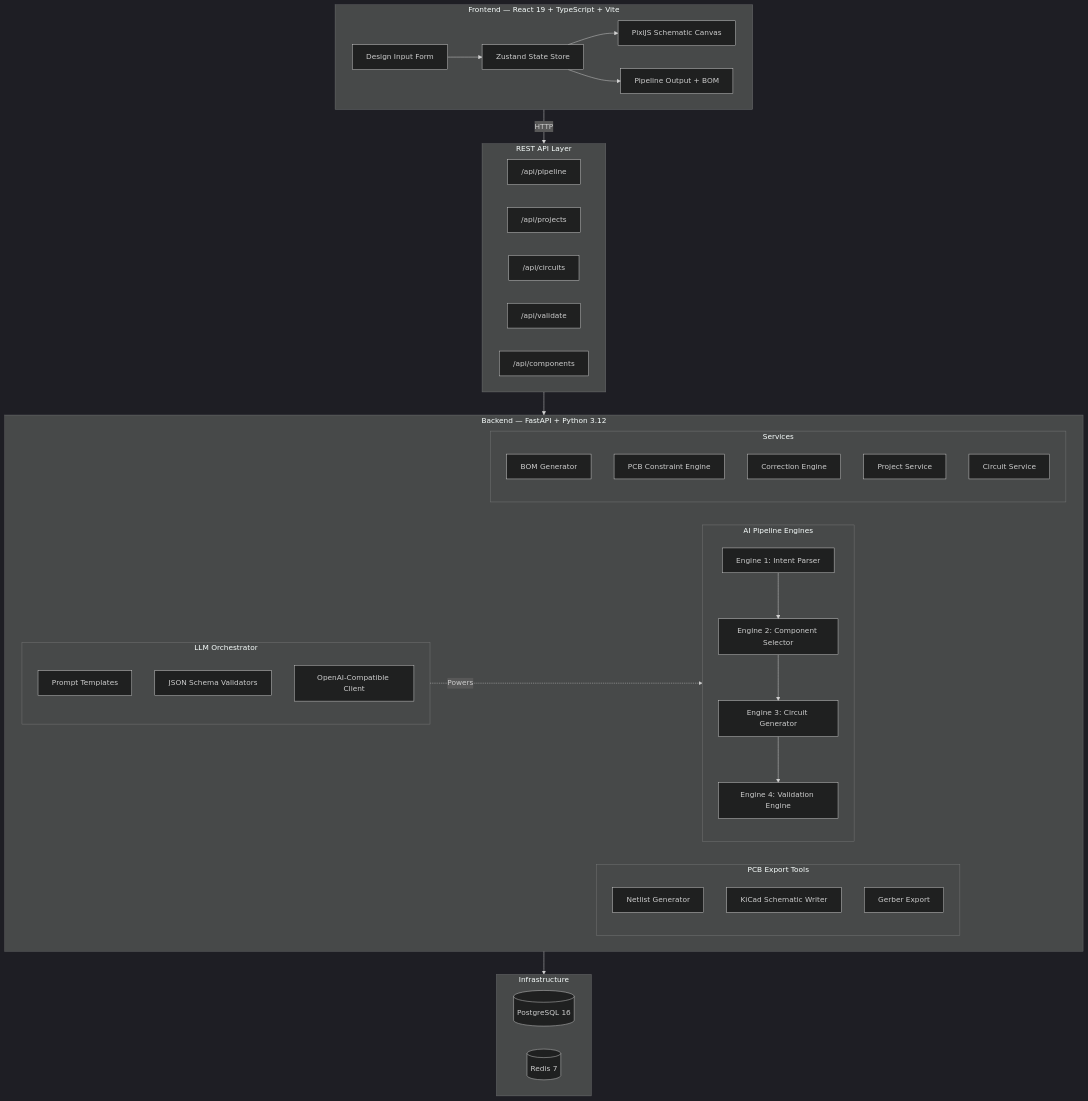
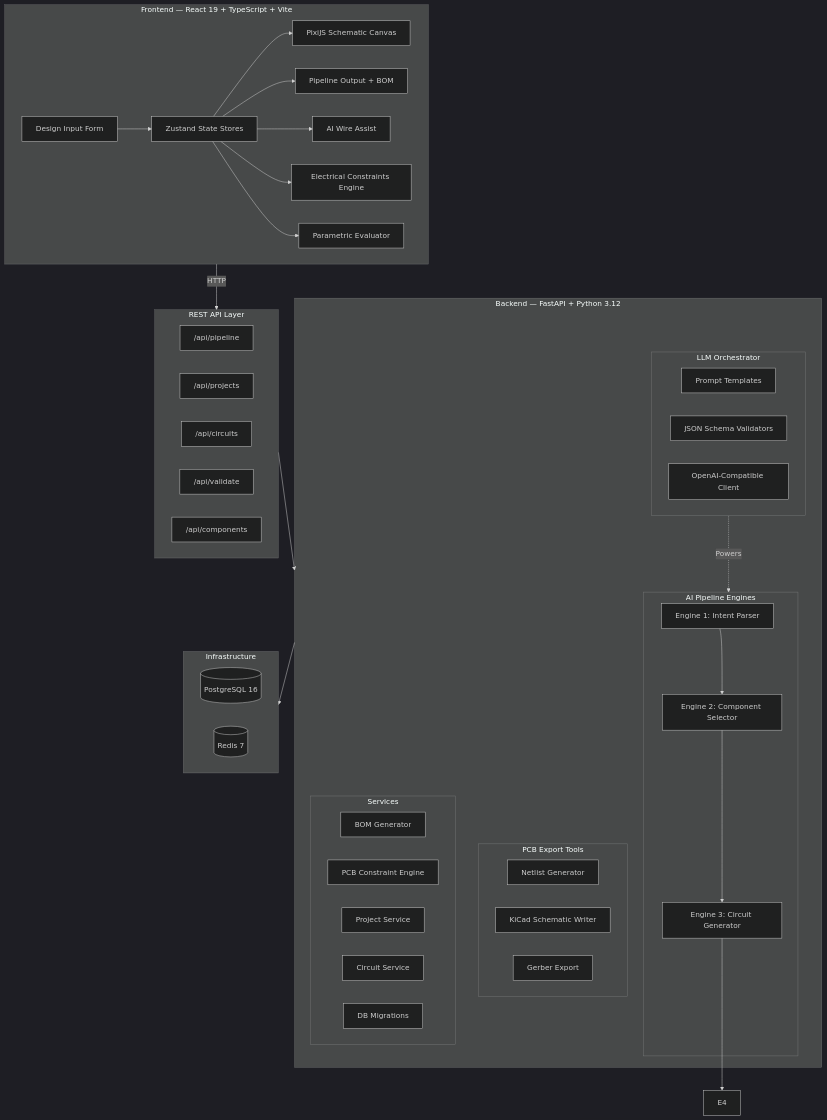
The first of 5 diagrams in README.md (anaslari23/AI-EDA), drawn with Mermaid (dark theme) before and after one commit. The commit also changed other lines of this file and 51 other files, not shown here.

First line of the commit message:
feat: v1.1 — browser-native validation, AI wire assist, parametric evaluation, Alembic migrations

````diff
--- a/README.md
+++ b/README.md
@@ -39,57 +43,62 @@
 ```mermaid
 graph TB
     subgraph Frontend["Frontend — React 19 + TypeScript + Vite"]
         UI[Design Input Form]
         Canvas[PixiJS Schematic Canvas]
         Output[Pipeline Output + BOM]
-        Store[Zustand State Store]
+        Store[Zustand State Stores]
+        AIWire[AI Wire Assist]
+        Constraints[Electrical Constraints Engine]
+        Params[Parametric Evaluator]
         UI --> Store
         Store --> Canvas
         Store --> Output
+        Store --> AIWire
+        Store --> Constraints
+        Store --> Params
     end
 
     subgraph API["REST API Layer"]
         Pipeline["/api/pipeline"]
         Projects["/api/projects"]
         Circuits["/api/circuits"]
         Validate["/api/validate"]
         Components["/api/components"]
     end
 
     subgraph Backend["Backend — FastAPI + Python 3.12"]
         subgraph AIEngines["AI Pipeline Engines"]
             E1["Engine 1: Intent Parser"]
             E2["Engine 2: Component Selector"]
             E3["Engine 3: Circuit Generator"]
-            E4["Engine 4: Validation Engine"]
         end
         subgraph LLM["LLM Orchestrator"]
             Prompts[Prompt Templates]
             Schemas[JSON Schema Validators]
             Client[OpenAI-Compatible Client]
         end
         subgraph PCBTools["PCB Export Tools"]
             Netlist[Netlist Generator]
             KiCad[KiCad Schematic Writer]
             Gerber[Gerber Export]
         end
         subgraph Services["Services"]
             BOM[BOM Generator]
             PCB[PCB Constraint Engine]
-            Correction[Correction Engine]
             ProjSvc[Project Service]
             CircSvc[Circuit Service]
+            Alembic[DB Migrations]
         end
     end
 
     subgraph Infra["Infrastructure"]
         DB[(PostgreSQL 16)]
         Cache[(Redis 7)]
     end
 
     Frontend -->|HTTP| API
     API --> Backend
     Backend --> Infra
     E1 --> E2 --> E3 --> E4
     LLM -.->|Powers| AIEngines
 ```
````
